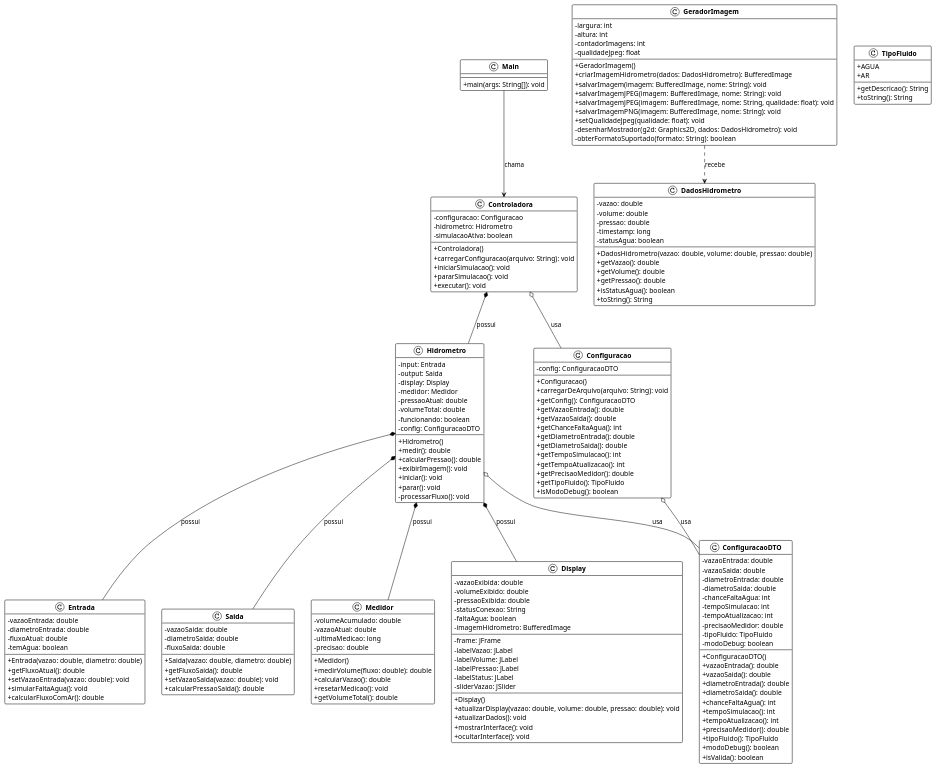
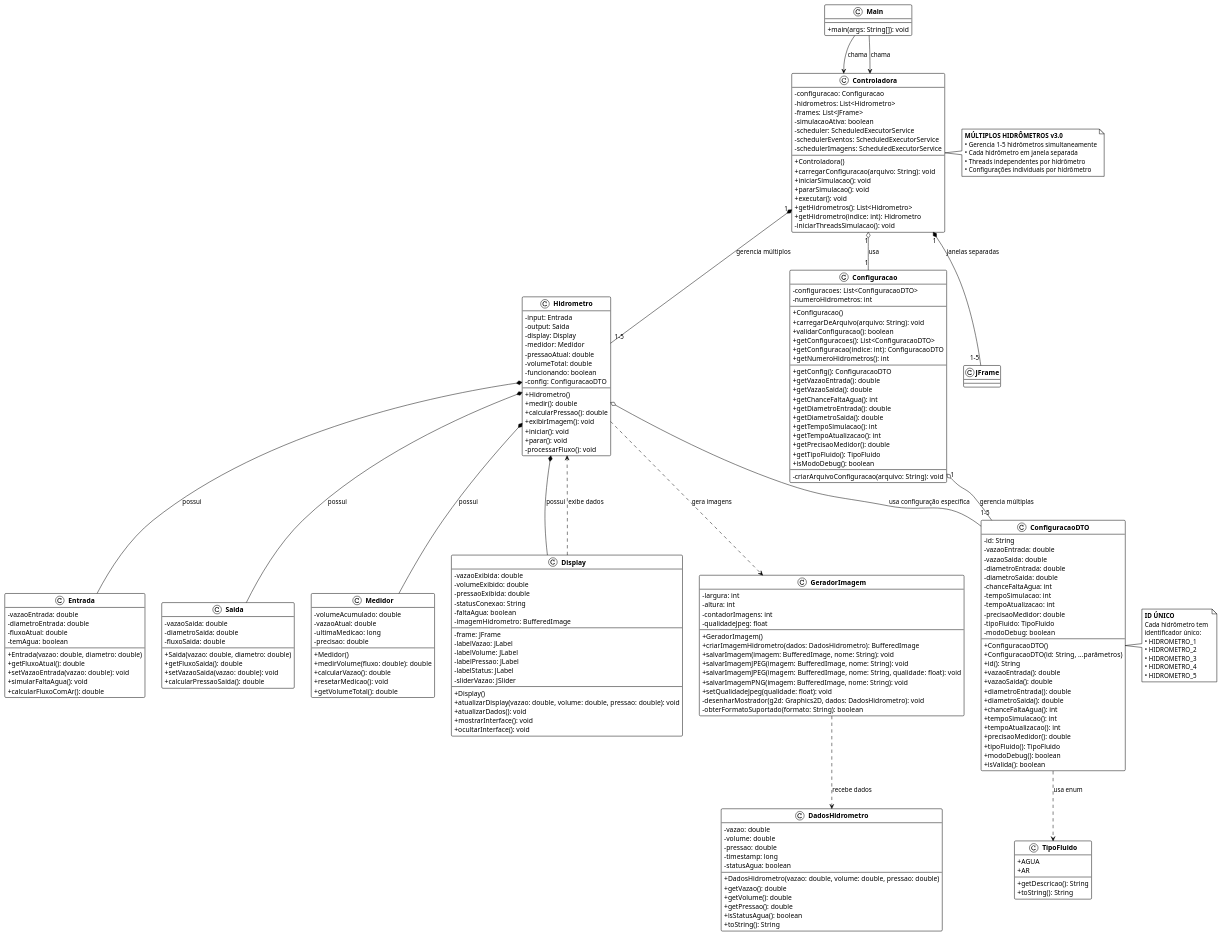
One commit to ireneisley/projeto-simulacao-hidrometro changed the diagram in hidrometro-simulator.puml. Above: the diagram before and after it, drawn with PlantUML. The commit also changed 8 other files, not shown here.

Commit message:
feat: implementa suporte a múltiplos hidrômetros na simulação

```diff
--- a/hidrometro-simulator.puml
+++ b/hidrometro-simulator.puml
@@ -1,9 +1,16 @@
-@startuml Simulador de Hidrômetro
+@startuml Simulador de Múltiplos Hidrômetros
 
 ' ==============================================
-' Diagrama de Classes - SHA 2.0
+' Diagrama de Classes - Múltiplos Hidrômetros v3.0
 ' Ferramenta utilizada: PlantUML
 ' Site usado para gerar o diagrama: https://www.plantuml.com/plantuml
+'
+' PRINCIPAIS MUDANÇAS:
+' - Controladora gerencia MÚLTIPLOS hidrômetros (1-5)
+' - ConfiguracaoDTO possui ID único para cada hidrômetro
+' - Configuracao gerencia lista de configurações
+' - Cada hidrômetro abre em janela separada
+' - Threads independentes para cada hidrômetro
 '
 ' Como visualizar:
 ' 1. Copie todo o conteúdo deste arquivo (.puml).
@@ -26,13 +33,21 @@
 }
 class Controladora {
     - configuracao: Configuracao
-    - hidrometro: Hidrometro
+    - hidrometros: List<Hidrometro>
+    - frames: List<JFrame>
     - simulacaoAtiva: boolean
+    - scheduler: ScheduledExecutorService
+    - schedulerEventos: ScheduledExecutorService
+    - schedulerImagens: ScheduledExecutorService
+    --
     + Controladora()
     + carregarConfiguracao(arquivo: String): void
     + iniciarSimulacao(): void
     + pararSimulacao(): void
     + executar(): void
+    + getHidrometros(): List<Hidrometro>
+    + getHidrometro(indice: int): Hidrometro
+    - iniciarThreadsSimulacao(): void
 }
 Main --> Controladora : chama
 
@@ -113,9 +128,17 @@
 }
 
 class Configuracao {
-    - config: ConfiguracaoDTO
+    - configuracoes: List<ConfiguracaoDTO>
+    - numeroHidrometros: int
+    --
     + Configuracao()
     + carregarDeArquivo(arquivo: String): void
+    + validarConfiguracao(): boolean
+    + getConfiguracoes(): List<ConfiguracaoDTO>
+    + getConfiguracao(indice: int): ConfiguracaoDTO
+    + getNumeroHidrometros(): int
+    --
+    ' Métodos para compatibilidade (usam primeiro hidrômetro)
     + getConfig(): ConfiguracaoDTO
     + getVazaoEntrada(): double
     + getVazaoSaida(): double
@@ -127,10 +150,13 @@
     + getPrecisaoMedidor(): double
     + getTipoFluido(): TipoFluido
     + isModoDebug(): boolean
+    --
+    - criarArquivoConfiguracao(arquivo: String): void
 }
 
-' ===== NOVO: ConfiguracaoDTO =====
+' ===== ConfiguracaoDTO com ID único =====
 class ConfiguracaoDTO {
+    - id: String
     - vazaoEntrada: double
     - vazaoSaida: double
     - diametroEntrada: double
@@ -141,7 +167,10 @@
     - precisaoMedidor: double
     - tipoFluido: TipoFluido
     - modoDebug: boolean
+    --
     + ConfiguracaoDTO()
+    + ConfiguracaoDTO(id: String, ...parâmetros)
+    + id(): String
     + vazaoEntrada(): double
     + vazaoSaida(): double
     + diametroEntrada(): double
@@ -193,17 +222,46 @@
     + toString(): String
 }
 
-' ===== Relacionamentos =====
-Controladora *-- Hidrometro : possui
-Controladora o-- Configuracao : usa
+' ===== Relacionamentos Principais =====
+Main --> Controladora : chama
+Controladora "1" *-- "1-5" Hidrometro : gerencia múltiplos
+Controladora "1" o-- "1" Configuracao : usa
+Controladora "1" *-- "1-5" JFrame : janelas separadas
+
+' ===== Componentes do Hidrômetro =====
 Hidrometro *-- Entrada : possui
 Hidrometro *-- Saida : possui
 Hidrometro *-- Medidor : possui
 Hidrometro *-- Display : possui
-' Hidrometro usa ConfiguracaoDTO internamente
-Hidrometro o-- ConfiguracaoDTO : usa
-' Configuracao contém/expõe ConfiguracaoDTO
-Configuracao o-- ConfiguracaoDTO : usa
-GeradorImagem ..> DadosHidrometro : recebe
+Hidrometro o-- ConfiguracaoDTO : usa configuração específica
+Hidrometro ..> GeradorImagem : gera imagens
+
+' ===== Configurações =====
+Configuracao "1" o-- "1-5" ConfiguracaoDTO : gerencia múltiplas
+ConfiguracaoDTO ..> TipoFluido : usa enum
+
+' ===== Utilitários =====
+GeradorImagem ..> DadosHidrometro : recebe dados
+Display ..> Hidrometro : exibe dados
+
+' ===== Notas importantes =====
+note right of Controladora
+  **MÚLTIPLOS HIDRÔMETROS v3.0**
+  • Gerencia 1-5 hidrômetros simultaneamente
+  • Cada hidrômetro em janela separada
+  • Threads independentes por hidrômetro
+  • Configurações individuais por hidrômetro
+end note
+
+note right of ConfiguracaoDTO
+  **ID ÚNICO**
+  Cada hidrômetro tem 
+  identificador único:
+  • HIDROMETRO_1
+  • HIDROMETRO_2
+  • HIDROMETRO_3
+  • HIDROMETRO_4
+  • HIDROMETRO_5
+end note
 
 @enduml
```
